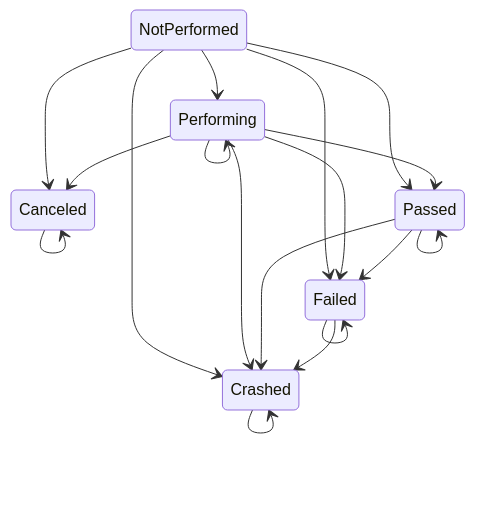
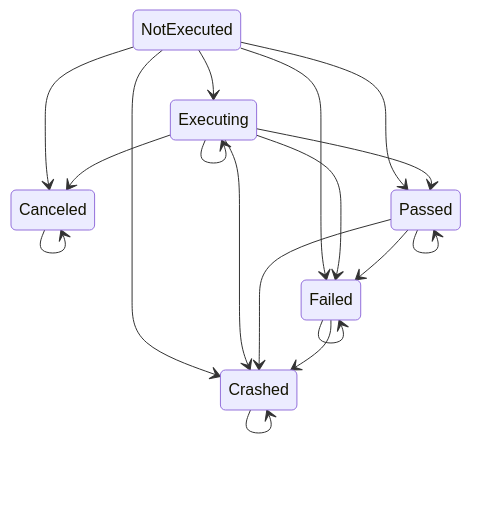
Before and after one commit to harpyd/thestis: the fourth of 4 diagrams in README.md, drawn with Mermaid. The commit also changed other lines of this file, not shown here.

Commit message:
#94 Edit README

````diff
--- a/README.md
+++ b/README.md
@@ -209,25 +210,25 @@
 ```mermaid
 stateDiagram-v2
     Canceled --> Canceled
 
     Crashed --> Crashed
 
     Failed --> Failed
     Failed --> Crashed
 
     Passed --> Passed
     Passed --> Failed
     Passed --> Crashed
 
-    Performing --> Performing
-    Performing --> Passed
-    Performing --> Failed
-    Performing --> Crashed
-    Performing --> Canceled
+    Executing --> Executing
+    Executing --> Passed
+    Executing --> Failed
+    Executing --> Crashed
+    Executing --> Canceled
 
-    NotPerformed --> Performing
-    NotPerformed --> Passed
-    NotPerformed --> Failed
-    NotPerformed --> Crashed
-    NotPerformed --> Canceled
+    NotExecuted --> Executing
+    NotExecuted --> Passed
+    NotExecuted --> Failed
+    NotExecuted --> Crashed
+    NotExecuted --> Canceled
 ```
````
